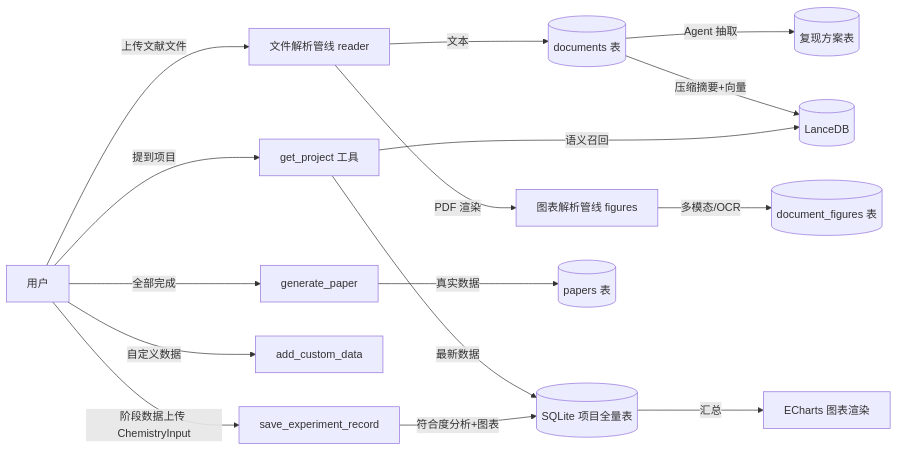
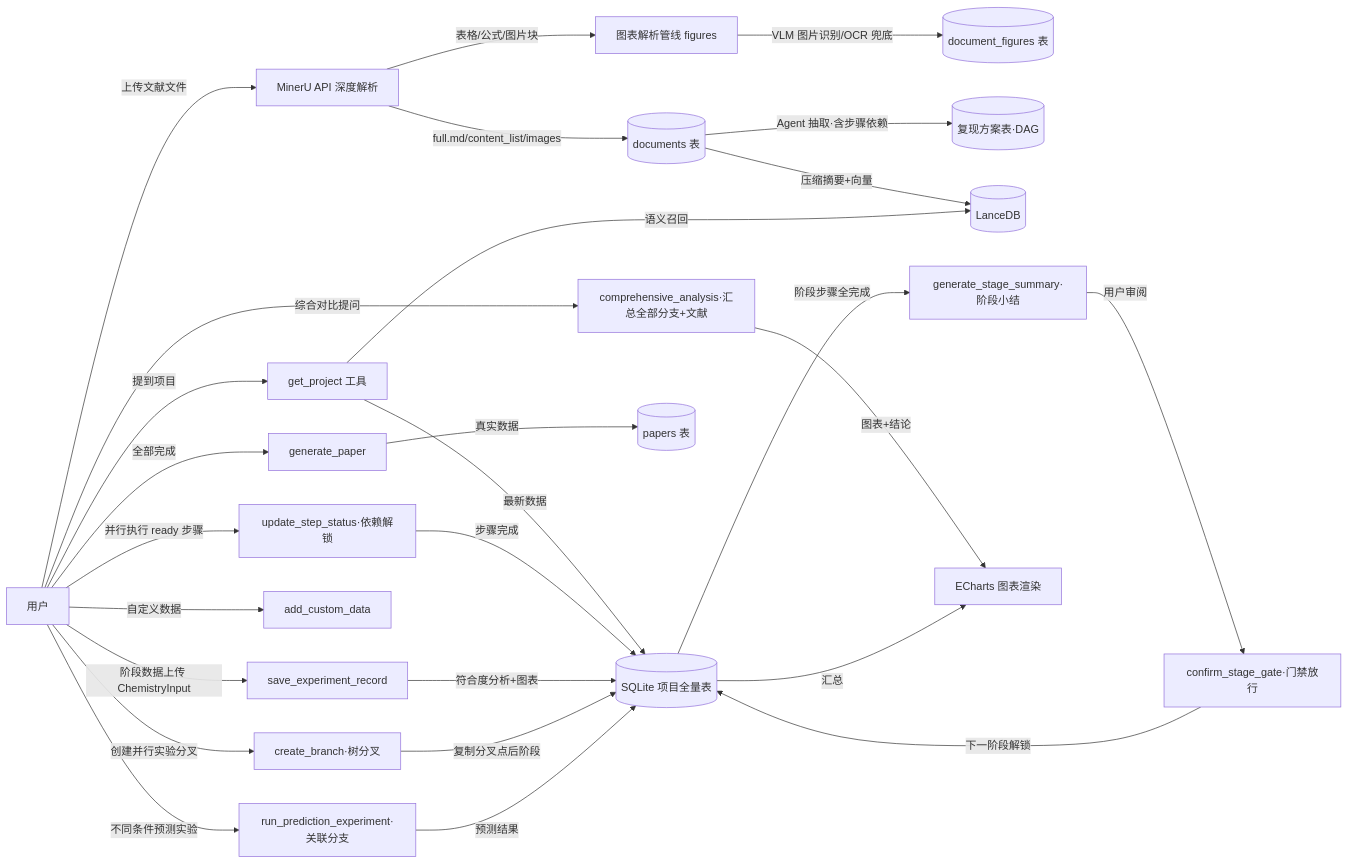
One commit to mgyforever/AIChemistry changed the diagram in demo/docs/实验复现Agent实施计划.md. Above: the diagram before and after it, drawn with Mermaid. The commit also changed other lines of this file and 44 other files, not shown here.

Commit message:
文献图片存储待测试

````diff
--- a/demo/docs/实验复现Agent实施计划.md
+++ b/demo/docs/实验复现Agent实施计划.md
@@ -121,18 +193,29 @@
 ```mermaid
 flowchart LR
-    U[用户] -->|上传文献文件| P[文件解析管线 reader]
-    P -->|文本| DOC[(documents 表)]
-    P -->|PDF 渲染| F[图表解析管线 figures]
-    F -->|多模态/OCR| FIG[(document_figures 表)]
-    DOC -->|Agent 抽取| PLAN[(复现方案表)]
+    U[用户] -->|上传文献文件| M[MinerU API 深度解析]
+    M -->|full.md/content_list/images| DOC[(documents 表)]
+    M -->|表格/公式/图片块| F[图表解析管线 figures]
+    F -->|VLM 图片识别/OCR 兜底| FIG[(document_figures 表)]
+    DOC -->|Agent 抽取·含步骤依赖| PLAN[(复现方案表·DAG)]
     DOC -->|压缩摘要+向量| VEC[(LanceDB)]
     U -->|"提到项目"| Q[get_project 工具]
     Q -->|最新数据| SQL[(SQLite 项目全量表)]
     Q -->|语义召回| VEC
+    U -->|并行执行 ready 步骤| S[update_step_status·依赖解锁]
+    S -->|步骤完成| SQL
     U -->|阶段数据上传 ChemistryInput| R[save_experiment_record]
     R -->|符合度分析+图表| SQL
+    U -->|创建并行实验分叉| B[create_branch·树分叉]
+    B -->|复制分叉点后阶段| SQL
     U -->|自定义数据| C[add_custom_data]
+    SQL -->|阶段步骤全完成| SG[generate_stage_summary·阶段小结]
+    SG -->|用户审阅| G[confirm_stage_gate·门禁放行]
+    G -->|下一阶段解锁| SQL
+    U -->|不同条件预测实验| P[run_prediction_experiment·关联分支]
+    U -->|综合对比提问| A[comprehensive_analysis·汇总全部分支+文献]
+    P -->|预测结果| SQL
+    A -->|图表+结论| ECharts[ECharts 图表渲染]
     U -->|全部完成| GP[generate_paper]
     GP -->|真实数据| PAPER[(papers 表)]
-    SQL -->|汇总| ECharts[ECharts 图表渲染]
+    SQL -->|汇总| ECharts
 ```
````
